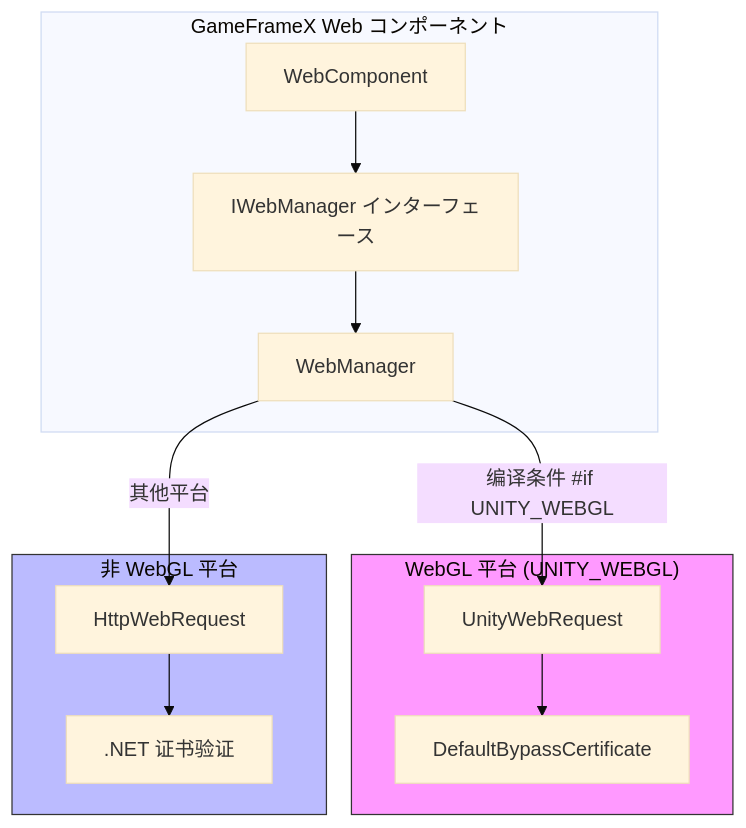
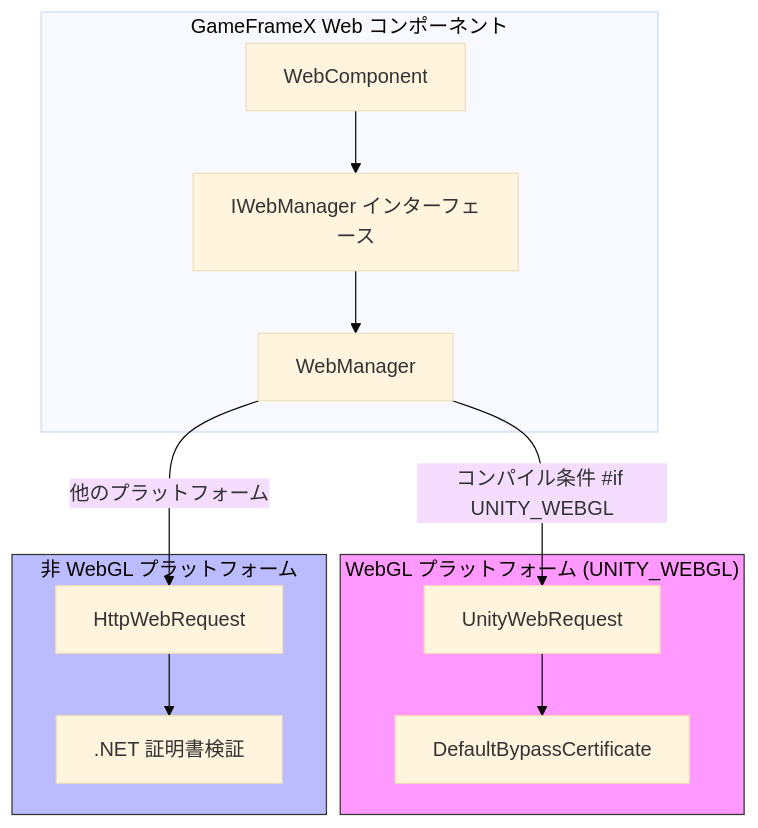
One commit to AlianBlank/GameFrameX.Docs changed the first of 2 diagrams in docs/ja/client/unity/component/web/09.platform-differences.md. Above: the diagram before and after it, drawn with Mermaid (base theme). The commit also changed other lines of this file and 320 other files, not shown here.

````diff
--- a/docs/ja/client/unity/component/web/09.platform-differences.md
+++ b/docs/ja/client/unity/component/web/09.platform-differences.md
@@ -23,28 +23,28 @@
 ```mermaid
 flowchart TD
     subgraph GameFrameX_Web["GameFrameX Web コンポーネント"]
         IWM[IWebManager インターフェース]
         WM[WebManager]
         WC[WebComponent]
     end
 
-    subgraph WebGL_Platform["WebGL 平台 (UNITY_WEBGL)"]
+    subgraph WebGL_Platform["WebGL プラットフォーム (UNITY_WEBGL)"]
         UWR[UnityWebRequest]
         BC[DefaultBypassCertificate]
     end
 
-    subgraph NonWebGL_Platform["非 WebGL 平台"]
+    subgraph NonWebGL_Platform["非 WebGL プラットフォーム"]
         HWR[HttpWebRequest]
-        NC[.NET 证书验证]
+        NC[.NET 証明書検証]
     end
 
     WC --> IWM
     IWM --> WM
-    WM -->|编译条件 #if UNITY_WEBGL| UWR
+    WM -->|コンパイル条件 #if UNITY_WEBGL| UWR
     UWR --> BC
-    WM -->|其他平台| HWR
+    WM -->|他のプラットフォーム| HWR
     HWR --> NC
 
     style WebGL_Platform fill:#f9f,stroke:#333
     style NonWebGL_Platform fill:#bbf,stroke:#333
 ```
````
